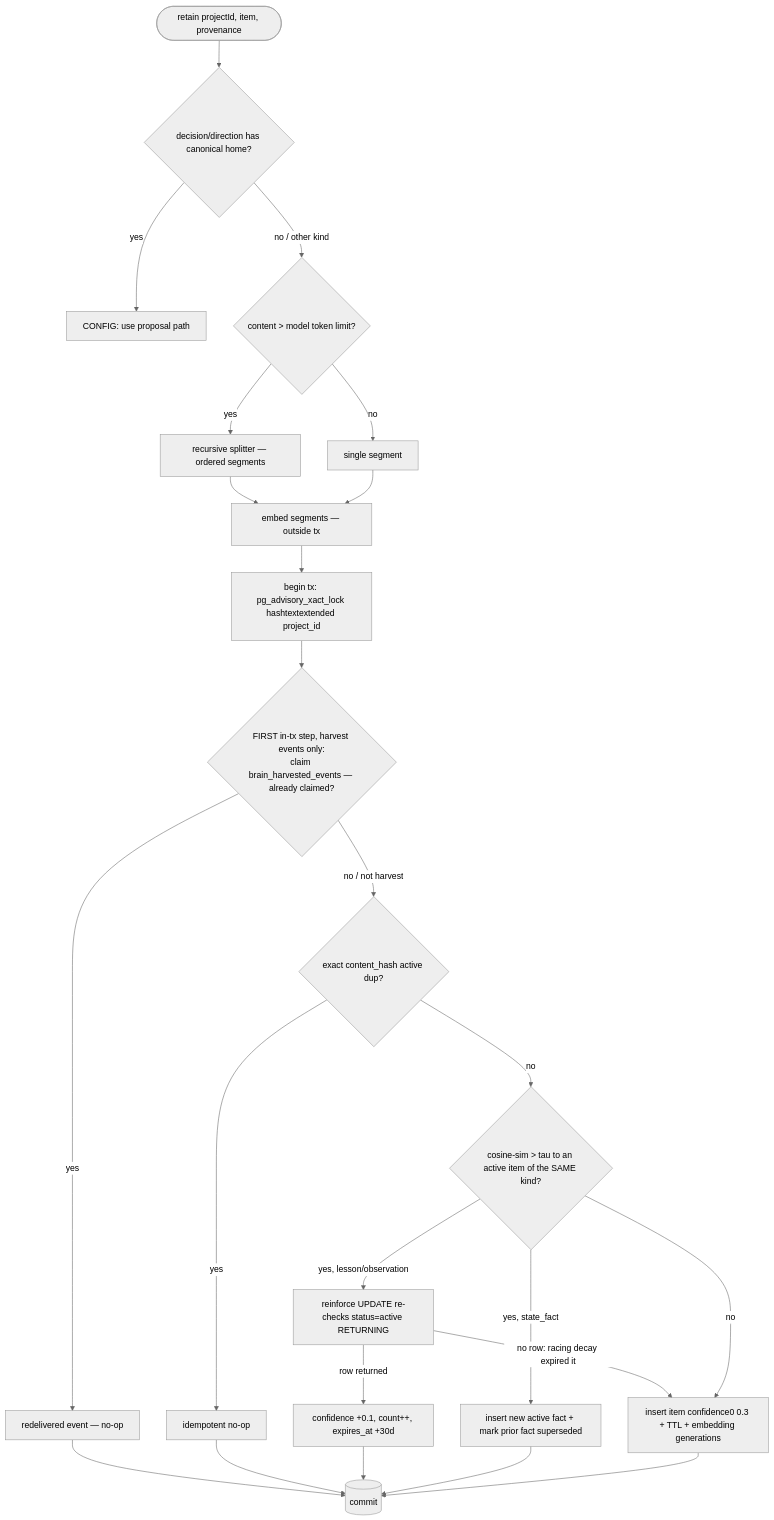
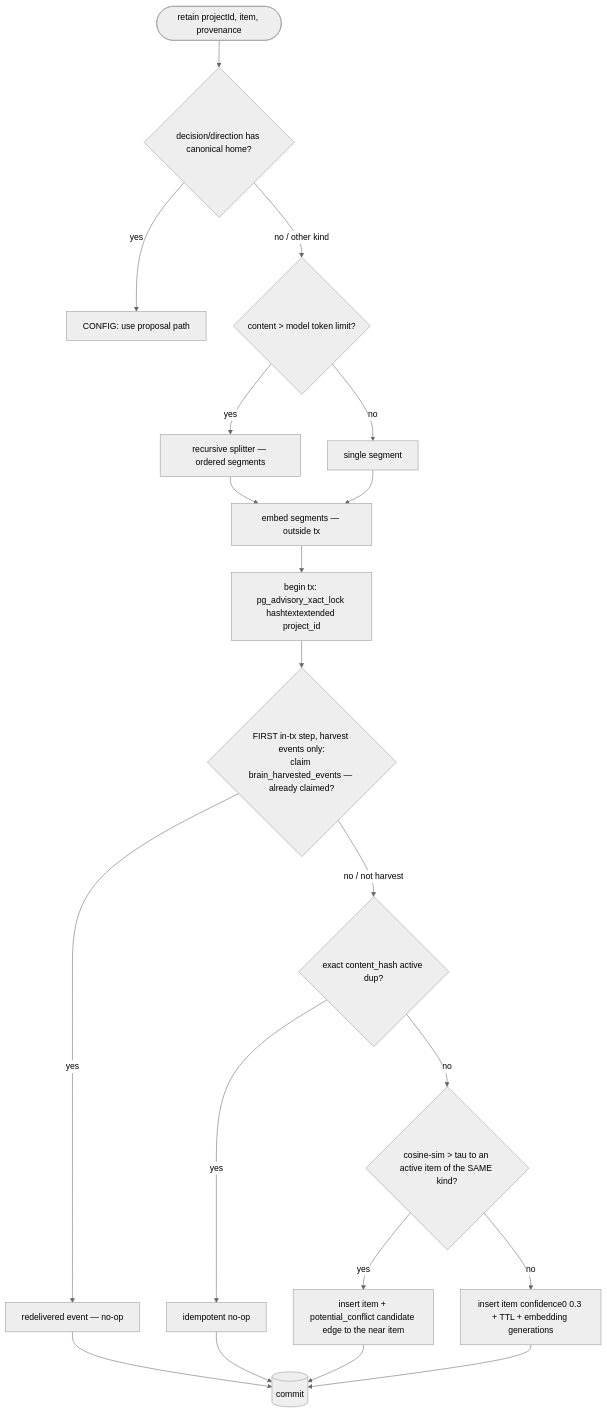
The fourth of 10 diagrams in docs/system-analytics/project-brain.md (maister-dev/maister), drawn with Mermaid (neutral theme) before and after one commit. The commit also changed other lines of this file and 12 other files, not shown here.

````diff
--- a/docs/system-analytics/project-brain.md
+++ b/docs/system-analytics/project-brain.md
@@ -217,26 +220,22 @@
 ```mermaid
 flowchart TD
     S([retain projectId, item, provenance]) --> HOME{decision/direction has canonical home?}
     HOME -- yes --> REFUSE[CONFIG: use proposal path]
     HOME -- no / other kind --> OV{content > model token limit?}
     OV -- yes --> SPL[recursive splitter — ordered segments]
     OV -- no --> ONE[single segment]
     SPL --> EMB[embed segments — outside tx]
     ONE --> EMB
     EMB --> TX[begin tx: pg_advisory_xact_lock hashtextextended project_id]
     TX --> LED{FIRST in-tx step, harvest events only:<br/>claim brain_harvested_events — already claimed?}
     LED -- yes --> RED[redelivered event — no-op]
     LED -- no / not harvest --> HASH{exact content_hash active dup?}
     HASH -- yes --> NOOP[idempotent no-op]
     HASH -- no --> NEAR{cosine-sim > tau to an active item of the SAME kind?}
-    NEAR -- yes, lesson/observation --> REIN[reinforce UPDATE re-checks status=active RETURNING]
-    NEAR -- yes, state_fact --> SUP[insert new active fact + mark prior fact superseded]
-    REIN -- row returned --> OK[confidence +0.1, count++, expires_at +30d]
-    REIN -- no row: racing decay expired it --> INS
+    NEAR -- yes --> CAND[insert item + potential_conflict candidate edge to the near item]
     NEAR -- no --> INS[insert item confidence0 0.3 + TTL + embedding generations]
     RED --> COMMIT[(commit)]
     NOOP --> COMMIT
-    OK --> COMMIT
-    SUP --> COMMIT
+    CAND --> COMMIT
     INS --> COMMIT
 ```
````
